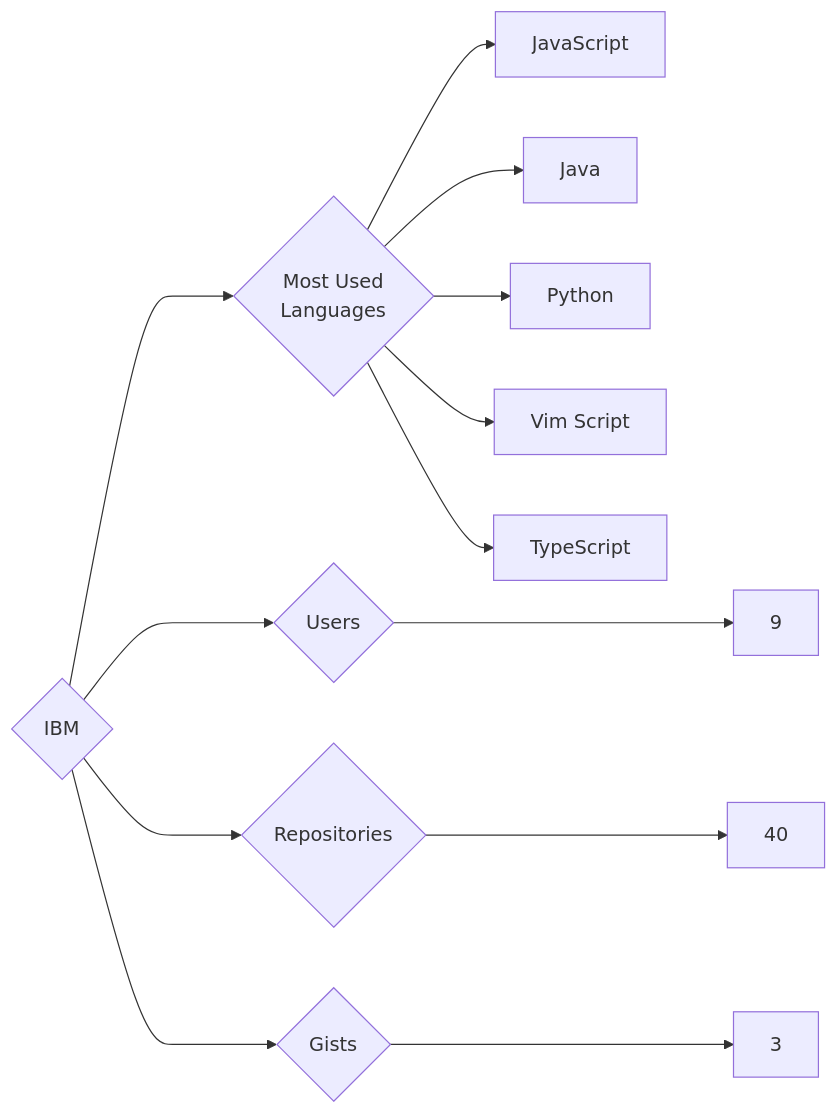
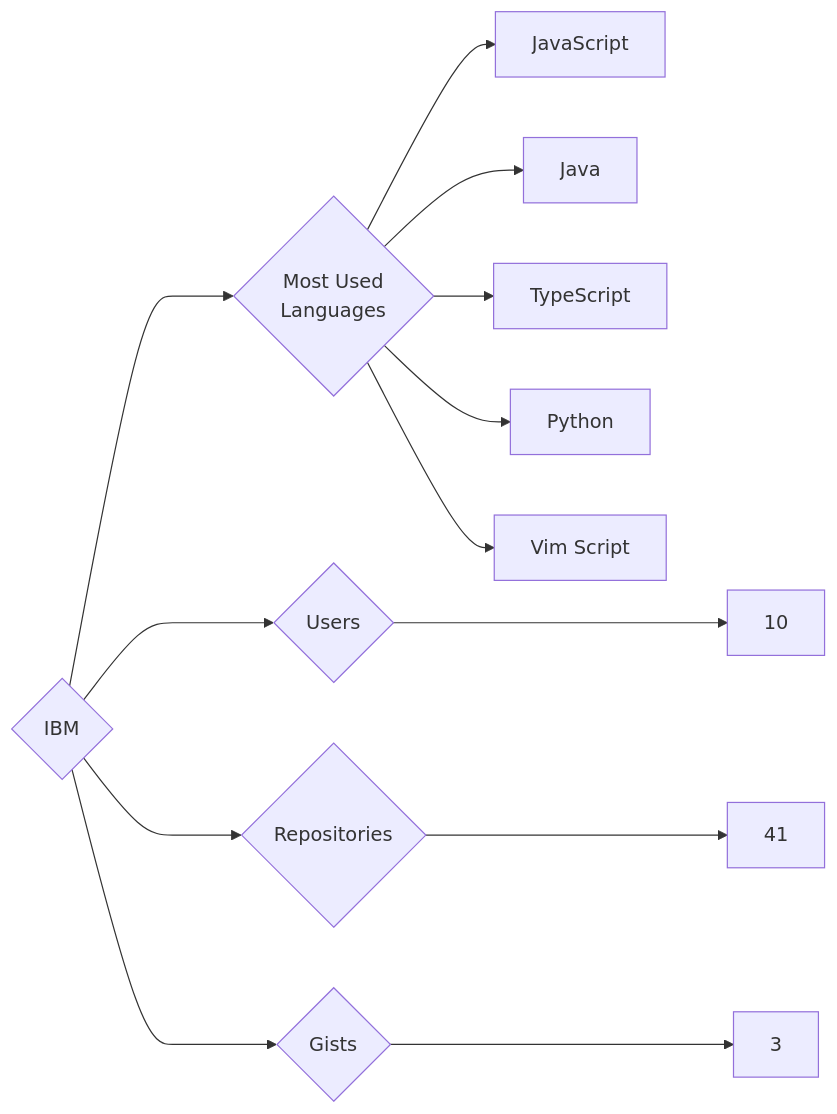
The diagram in targets/IBM/README.md (trickest/insiders), drawn with Mermaid before and after one commit. The commit also changed 1084 other files, not shown here.

````diff
--- a/targets/IBM/README.md
+++ b/targets/IBM/README.md
@@ -3,13 +3,13 @@
 ```mermaid
 graph LR
 COMPANY_NAME{IBM}
-COMPANY_NAME ---> U{Users} ---> UN[9]
-COMPANY_NAME ---> R{Repositories} ---> RN[40]
+COMPANY_NAME ---> U{Users} ---> UN[10]
+COMPANY_NAME ---> R{Repositories} ---> RN[41]
 COMPANY_NAME ---> G{Gists} ---> GN[3]
 COMPANY_NAME ---> ML{Most Used<br>Languages}
 ML --> JavaScript[JavaScript]
 ML --> Java[Java]
+ML --> TypeScript[TypeScript]
 ML --> Python[Python]
 ML --> Vim_Script[Vim Script]
-ML --> TypeScript[TypeScript]
 ```
````
